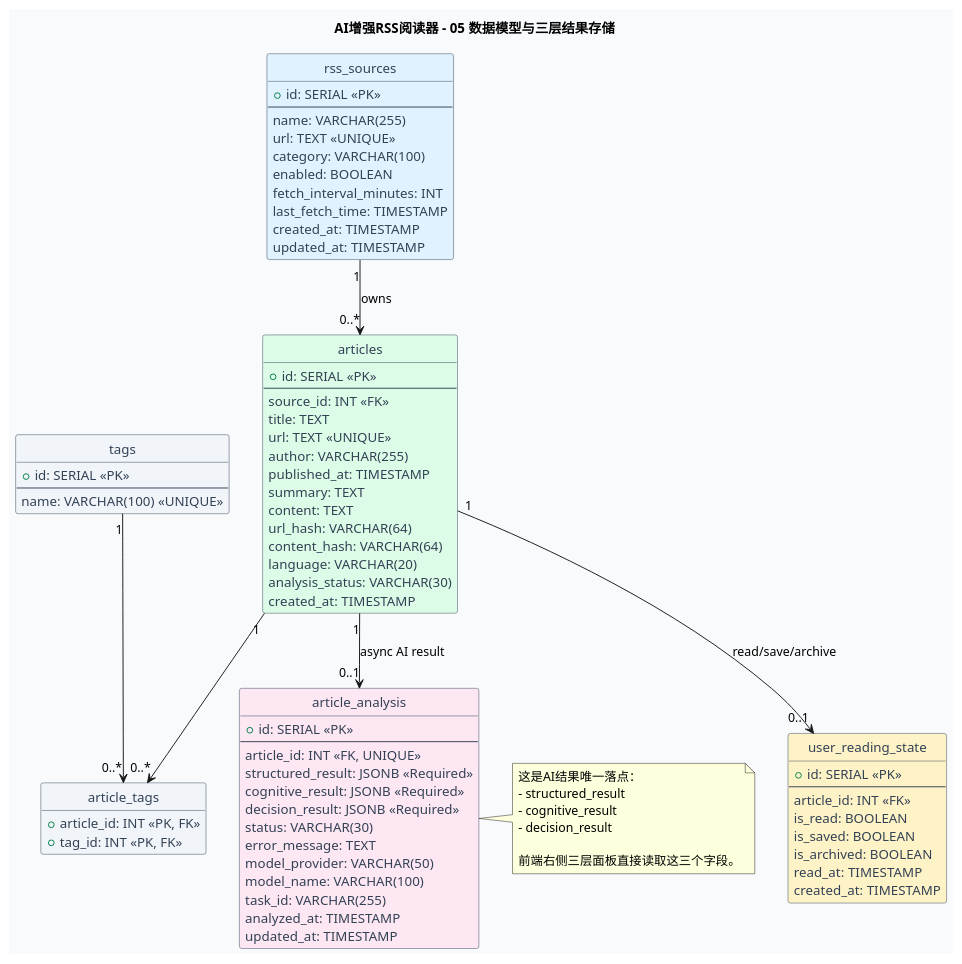
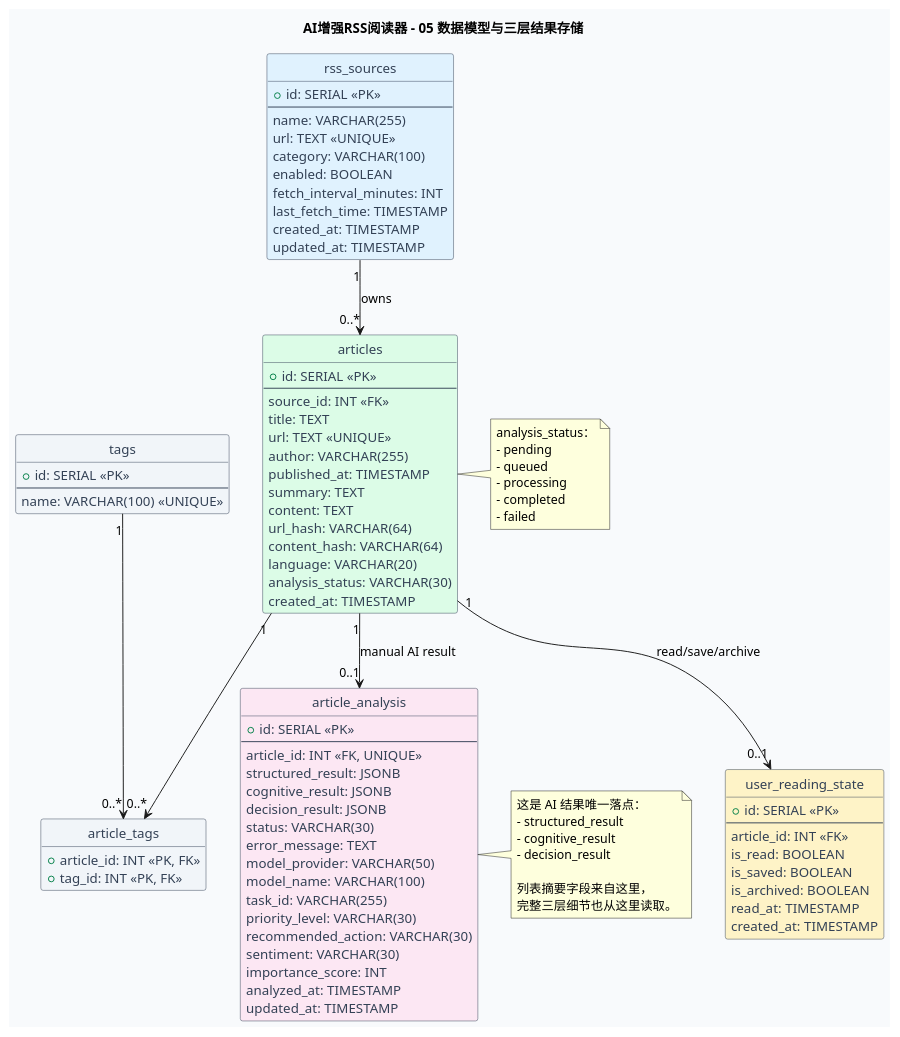
Before and after one commit to ltm84532430-max/RSS: the fifth of 8 diagrams in RSS项目/系统.puml, drawn with PlantUML. The commit also changed other lines of this file and 2 other files, not shown here.

Commit message:
Update UML for manual analysis flow and fix frontend nested button bug

```diff
--- a/RSS项目/系统.puml
+++ b/RSS项目/系统.puml
@@ -277,99 +272,113 @@
 @startuml AI_RSS_05_Data_Model
 title AI增强RSS阅读器 - 05 数据模型与三层结果存储
 
 skinparam backgroundColor #F8FAFC
 skinparam shadowing false
 skinparam defaultFontName Microsoft YaHei
 skinparam class {
   BackgroundColor #FFFFFF
   BorderColor #334155
   FontColor #0F172A
   AttributeFontColor #334155
 }
 hide methods
 hide circle
 
 class rss_sources #E0F2FE {
   +id: SERIAL <<PK>>
   --
   name: VARCHAR(255)
   url: TEXT <<UNIQUE>>
   category: VARCHAR(100)
   enabled: BOOLEAN
   fetch_interval_minutes: INT
   last_fetch_time: TIMESTAMP
   created_at: TIMESTAMP
   updated_at: TIMESTAMP
 }
 
 class articles #DCFCE7 {
   +id: SERIAL <<PK>>
   --
   source_id: INT <<FK>>
   title: TEXT
   url: TEXT <<UNIQUE>>
   author: VARCHAR(255)
   published_at: TIMESTAMP
   summary: TEXT
   content: TEXT
   url_hash: VARCHAR(64)
   content_hash: VARCHAR(64)
   language: VARCHAR(20)
   analysis_status: VARCHAR(30)
   created_at: TIMESTAMP
 }
 
 class article_analysis #FCE7F3 {
   +id: SERIAL <<PK>>
   --
   article_id: INT <<FK, UNIQUE>>
-  structured_result: JSONB <<Required>>
-  cognitive_result: JSONB <<Required>>
-  decision_result: JSONB <<Required>>
+  structured_result: JSONB
+  cognitive_result: JSONB
+  decision_result: JSONB
   status: VARCHAR(30)
   error_message: TEXT
   model_provider: VARCHAR(50)
   model_name: VARCHAR(100)
   task_id: VARCHAR(255)
+  priority_level: VARCHAR(30)
+  recommended_action: VARCHAR(30)
+  sentiment: VARCHAR(30)
+  importance_score: INT
   analyzed_at: TIMESTAMP
   updated_at: TIMESTAMP
 }
 
 class user_reading_state #FEF3C7 {
   +id: SERIAL <<PK>>
   --
   article_id: INT <<FK>>
   is_read: BOOLEAN
   is_saved: BOOLEAN
   is_archived: BOOLEAN
   read_at: TIMESTAMP
   created_at: TIMESTAMP
 }
 
 class tags #F1F5F9 {
   +id: SERIAL <<PK>>
   --
   name: VARCHAR(100) <<UNIQUE>>
 }
 
 class article_tags #F1F5F9 {
   +article_id: INT <<PK, FK>>
   +tag_id: INT <<PK, FK>>
 }
 
 rss_sources "1" --> "0..*" articles : owns
-articles "1" --> "0..1" article_analysis : async AI result
+articles "1" --> "0..1" article_analysis : manual AI result
 articles "1" --> "0..1" user_reading_state : read/save/archive
 articles "1" --> "0..*" article_tags
 tags "1" --> "0..*" article_tags
 
+note right of articles
+analysis_status：
+- pending
+- queued
+- processing
+- completed
+- failed
+end note
+
 note right of article_analysis
-这是AI结果唯一落点：
+这是 AI 结果唯一落点：
 - structured_result
 - cognitive_result
 - decision_result
 
-前端右侧三层面板直接读取这三个字段。
+列表摘要字段来自这里，
+完整三层细节也从这里读取。
 end note
 
 @enduml
```
